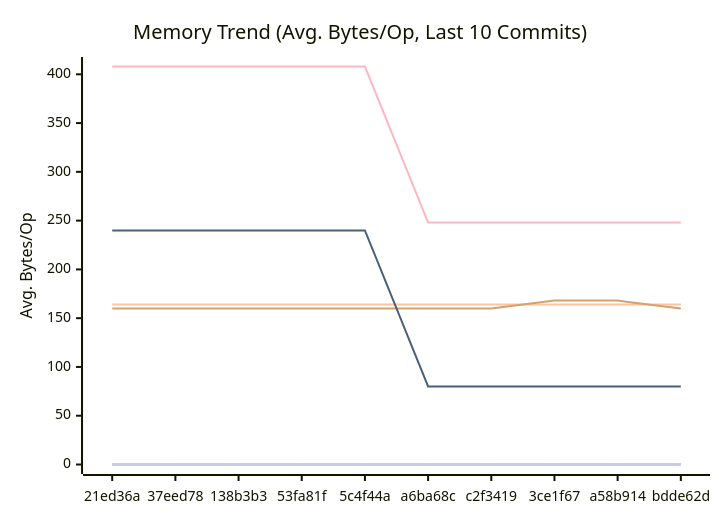
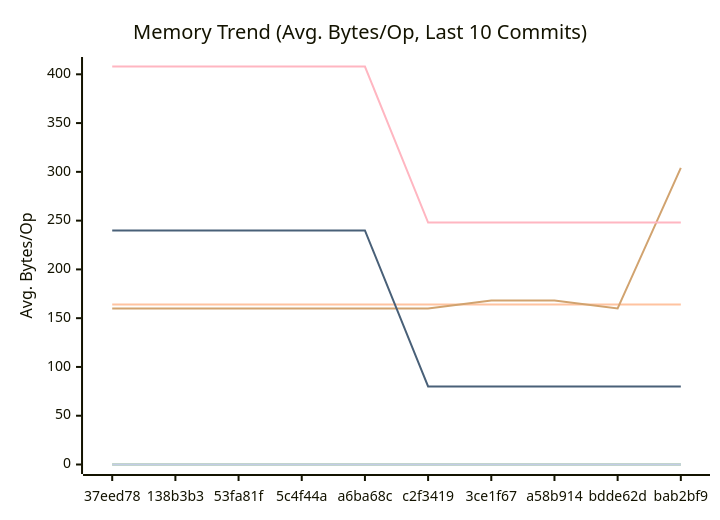
One commit to alsotoes/momo changed the second of 3 diagrams in docs/PERFORMANCE.md. Above: the diagram before and after it, drawn with Mermaid. The commit also changed other lines of this file and 2 other files, not shown here.

````diff
--- a/docs/PERFORMANCE.md
+++ b/docs/PERFORMANCE.md
@@ -99,16 +99,16 @@
 ```mermaid
 xychart-beta
     title "Memory Trend (Avg. Bytes/Op, Last 10 Commits)"
     x-axis "Commit"
     y-axis "Avg. Bytes/Op"
-    x-axis [21ed36a,37eed78,138b3b3,53fa81f,5c4f44a,a6ba68c,c2f3419,3ce1f67,a58b914,bdde62d]
+    x-axis [37eed78,138b3b3,53fa81f,5c4f44a,a6ba68c,c2f3419,3ce1f67,a58b914,bdde62d,bab2bf9]
     line "CheckMetricsAndSwap" [0,0,0,0,0,0,0,0,0,0]
     line "CrushOptimized" [0,0,0,0,0,0,0,0,0,0]
     line "CrushOriginal" [164,164,164,164,164,164,164,164,164,164]
     line "IndexDirectTracking" [0,0,0,0,0,0,0,0,0,0]
     line "IndexSearch" [0,0,0,0,0,0,0,0,0,0]
-    line "LoadGlobalConfig" [160,160,160,160,160,160,160,168,168,160]
+    line "LoadGlobalConfig" [160,160,160,160,160,160,168,168,160,304]
     line "PadString" [0,0,0,0,0,0,0,0,0,0]
     line "ParseReplicationOrder_NoPrealloc" [408,408,408,408,408,248,248,248,248,248]
     line "ParseReplicationOrder_Prealloc" [240,240,240,240,240,80,80,80,80,80]
 ```
````
